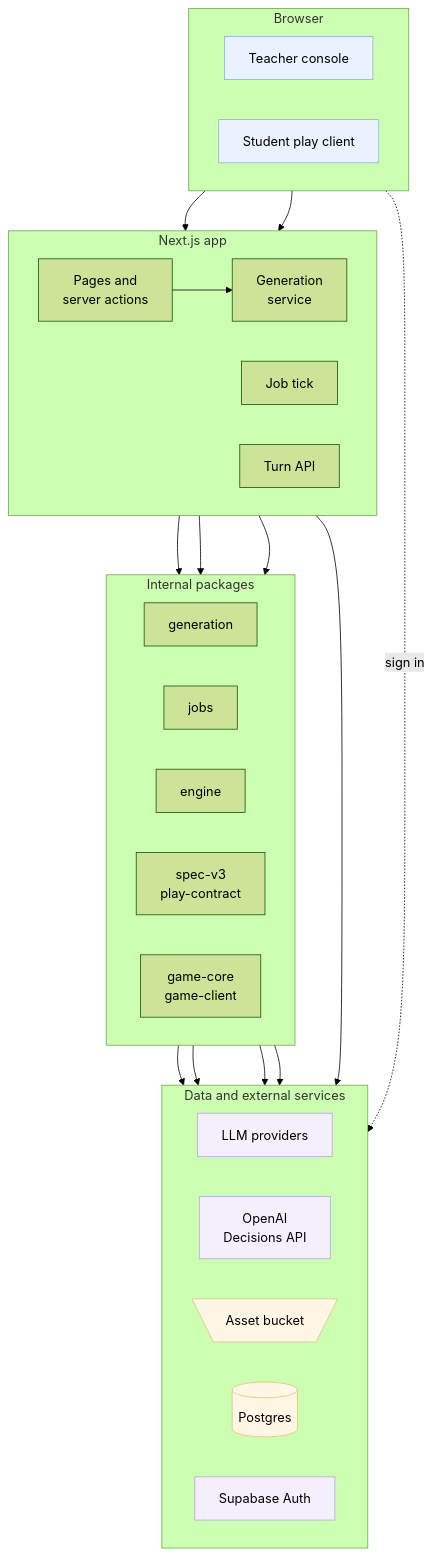
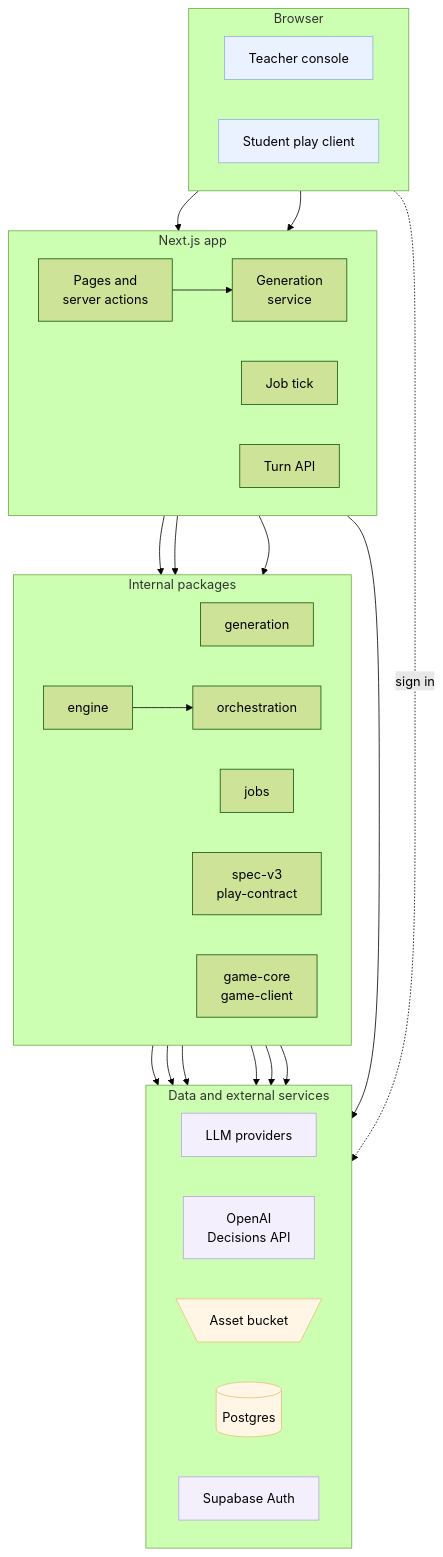
One commit to damiancxliew/CS3216_Assignment3 changed the diagram in docs/diagrams/d1-system-overview.mmd. Above: the diagram before and after it, drawn with Mermaid (forest theme). The commit also changed 6 other files, not shown here.

```diff
--- a/docs/diagrams/d1-system-overview.mmd
+++ b/docs/diagrams/d1-system-overview.mmd
@@ -1,50 +1,52 @@
 %% D1: high-level system architecture. Node notes: NOTES.md
 flowchart TB
   subgraph browser["Browser"]
     direction LR
     T["Teacher console"]
     S["Student play client"]
   end
 
   subgraph web["Next.js app"]
     direction LR
     PAGES["Pages and<br/>server actions"]
     GEN["Generation<br/>service"]
     TICK["Job tick"]
     TURN["Turn API"]
   end
 
   subgraph pkgs["Internal packages"]
     direction LR
     GP["generation"]
     JOBS["jobs"]
     ENG["engine"]
+    ORCH["orchestration"]
     SHARED["spec-v3<br/>play-contract"]
     GC["game-core<br/>game-client"]
   end
 
   subgraph infra["Data and external services"]
     direction LR
     LLM["LLM providers"]
     DEC["OpenAI<br/>Decisions API"]
     BKT@{ shape: trap-t, label: "Asset bucket" }
     DB[("Postgres")]
     AUTH["Supabase Auth"]
   end
 
   T --> PAGES
   S --> TURN
   PAGES --> GEN --> JOBS
   TICK --> GP
-  TURN --> ENG
+  TURN --> ENG --> ORCH
   GP --> LLM & DEC & BKT
+  ORCH --> LLM & DEC
   JOBS --> DB
   web --> DB
   browser -.->|sign in| AUTH
 
   classDef actor fill:#eaf2ff,stroke:#8fb0e6
   classDef store fill:#fff6e5,stroke:#e3c27a
   classDef ext fill:#f4effd,stroke:#b9a3e3
   class T,S actor
   class DB,BKT store
   class AUTH,LLM,DEC ext
```
